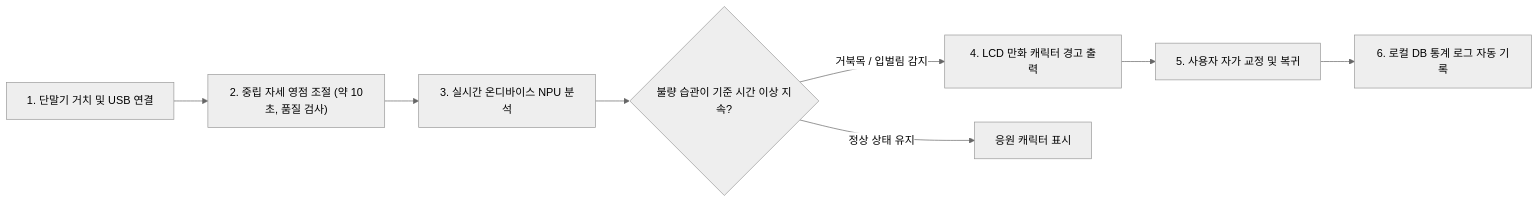
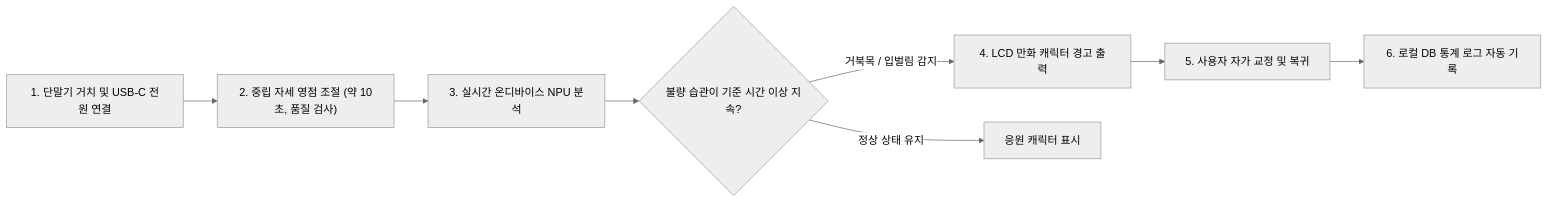
Before and after one commit to wkuMyeungsu/physical-ai: the diagram in PRD/PRD.md, drawn with Mermaid (neutral theme). The commit also changed other lines of this file, not shown here.

First line of the commit message:
PRD: v1.3.0~v1.4.1 반영 (기기 단독 동작, USB·Wi-Fi 연결, 통신 표현 정합화)

````diff
--- a/PRD/PRD.md
+++ b/PRD/PRD.md
@@ -32,10 +33,10 @@
 ```mermaid
 flowchart LR
-    A["1. 단말기 거치 및 USB 연결"] --> B["2. 중립 자세 영점 조절 (약 10초, 품질 검사)"]
+    A["1. 단말기 거치 및 USB-C 전원 연결"] --> B["2. 중립 자세 영점 조절 (약 10초, 품질 검사)"]
     B --> C["3. 실시간 온디바이스 NPU 분석"]
     C --> D{"불량 습관이 기준 시간 이상 지속?"}
     D -- "거북목 / 입벌림 감지" --> E["4. LCD 만화 캐릭터 경고 출력"]
     D -- "정상 상태 유지" --> F["응원 캐릭터 표시"]
     E --> G["5. 사용자 자가 교정 및 복귀"]
     G --> H["6. 로컬 DB 통계 로그 자동 기록"]
 ```
````
